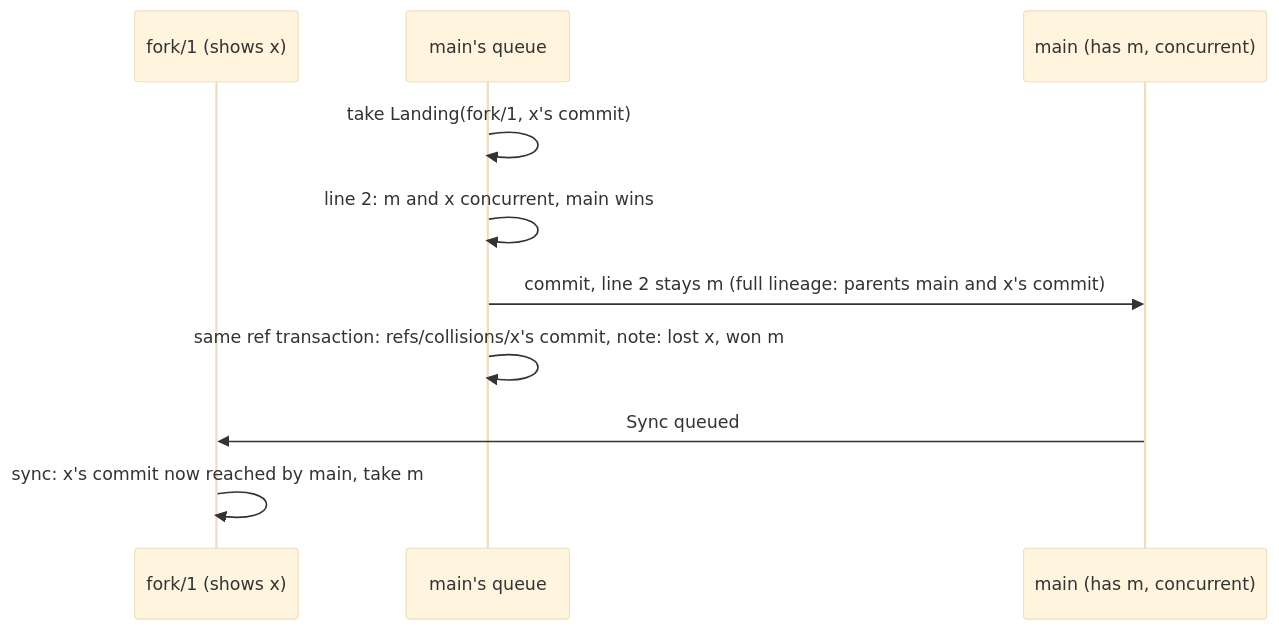
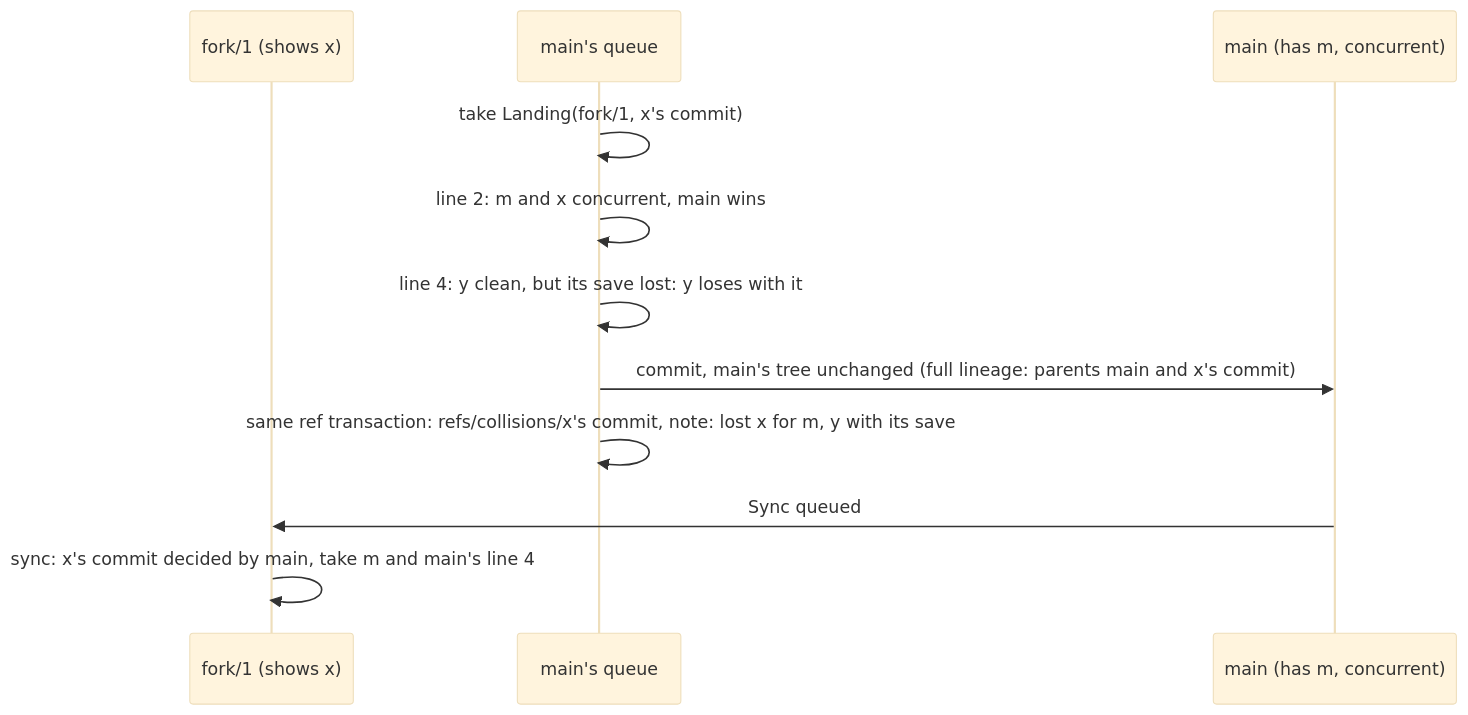
The fourth of 8 diagrams in docs/target-architecture/git-model.md (mcurcio/agentfs), drawn with Mermaid (base theme) before and after one commit. The commit also changed other lines of this file and 8 other files, not shown here.

````diff
--- a/docs/target-architecture/git-model.md
+++ b/docs/target-architecture/git-model.md
@@ -336,12 +358,13 @@
 ```mermaid
 sequenceDiagram
   participant A as fork/1 (shows x)
   participant QM as main's queue
   participant M as main (has m, concurrent)
   QM->>QM: take Landing(fork/1, x's commit)
   QM->>QM: line 2: m and x concurrent, main wins
-  QM->>M: commit, line 2 stays m (full lineage: parents main and x's commit)
-  QM->>QM: same ref transaction: refs/collisions/x's commit, note: lost x, won m
+  QM->>QM: line 4: y clean, but its save lost: y loses with it
+  QM->>M: commit, main's tree unchanged (full lineage: parents main and x's commit)
+  QM->>QM: same ref transaction: refs/collisions/x's commit, note: lost x for m, y with its save
   M->>A: Sync queued
-  A->>A: sync: x's commit now reached by main, take m
+  A->>A: sync: x's commit decided by main, take m and main's line 4
 ```
````
